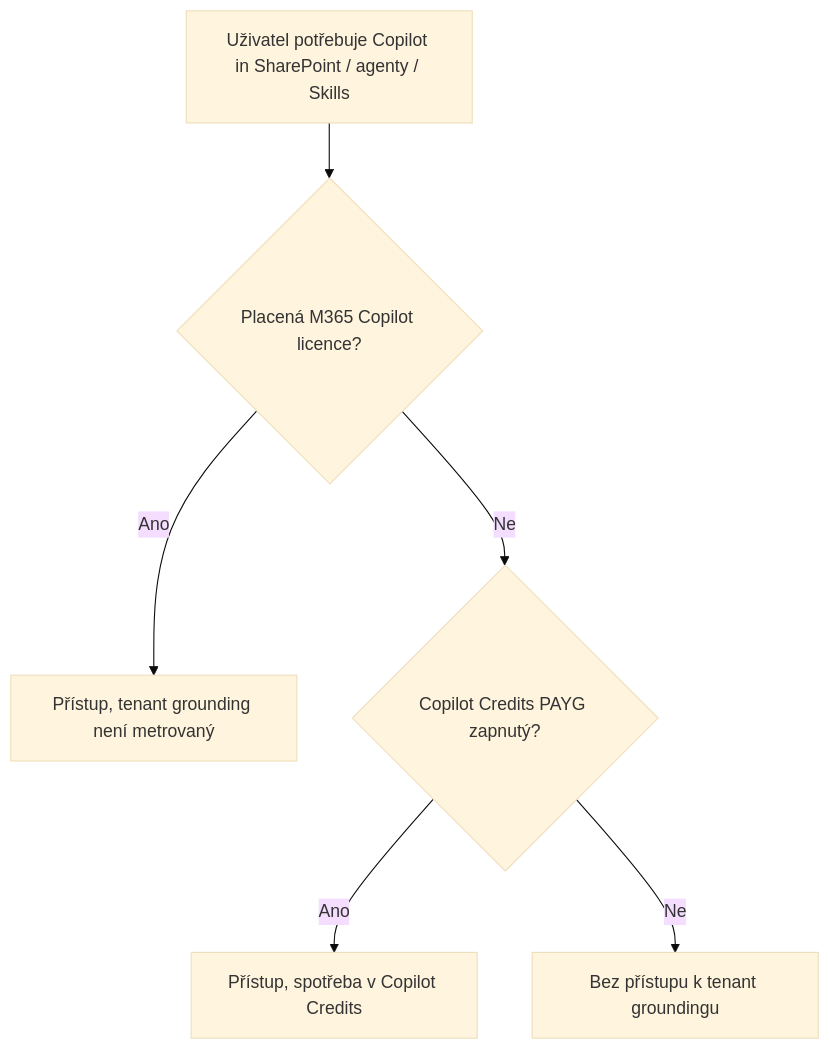
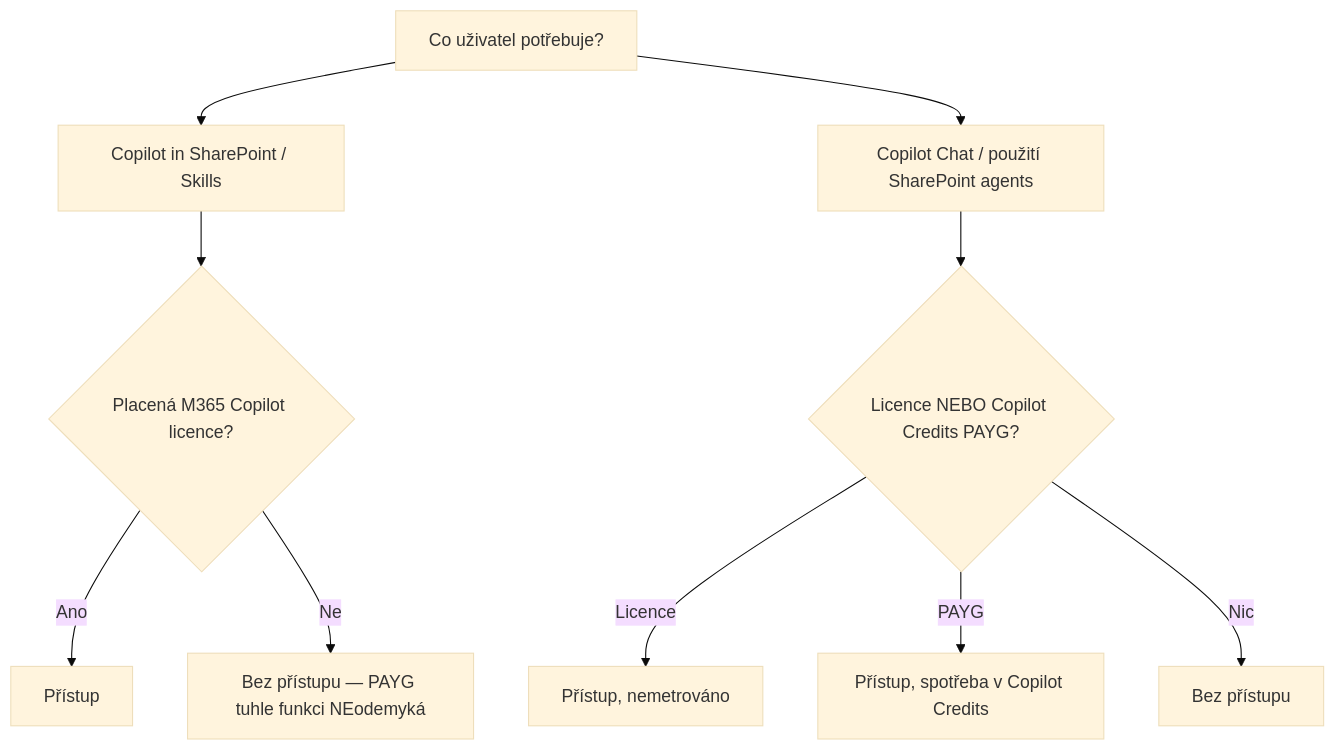
The diagram in day-1/licensing/README.md (MalasekPetr/gopas-goc224), drawn with Mermaid (base theme) before and after one commit. The commit also changed other lines of this file and 18 other files, not shown here.

First line of the commit message:
Restructure days 4-5: agents to D4, new Skills block opens D5

````diff
--- a/day-1/licensing/README.md
+++ b/day-1/licensing/README.md
@@ -59,8 +59,12 @@
 ```mermaid
 flowchart TD
-  Start[Uživatel potřebuje Copilot in SharePoint / agenty / Skills] --> Q1{Placená M365 Copilot licence?}
-  Q1 -->|Ano| OK[Přístup, tenant grounding není metrovaný]
-  Q1 -->|Ne| Q2{Copilot Credits PAYG zapnutý?}
-  Q2 -->|Ano| Metered[Přístup, spotřeba v Copilot Credits]
-  Q2 -->|Ne| No[Bez přístupu k tenant groundingu]
+  Start[Co uživatel potřebuje?] --> F1[Copilot in SharePoint / Skills]
+  Start --> F2[Copilot Chat / použití SharePoint agents]
+  F1 --> Q1{Placená M365 Copilot licence?}
+  Q1 -->|Ano| OK1[Přístup]
+  Q1 -->|Ne| No1[Bez přístupu — PAYG tuhle funkci NEodemyká]
+  F2 --> Q2{Licence NEBO Copilot Credits PAYG?}
+  Q2 -->|Licence| OK2[Přístup, nemetrováno]
+  Q2 -->|PAYG| Metered[Přístup, spotřeba v Copilot Credits]
+  Q2 -->|Nic| No2[Bez přístupu]
 ```
````
